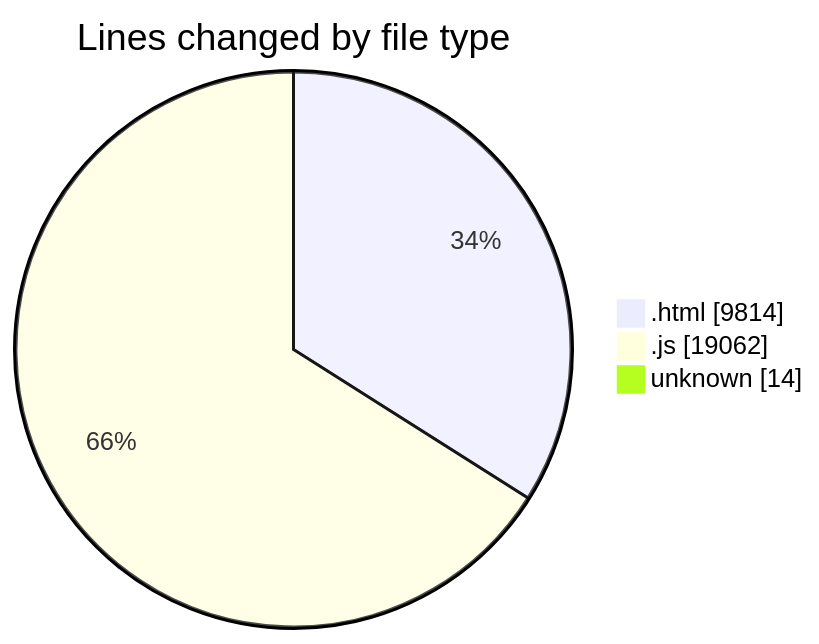
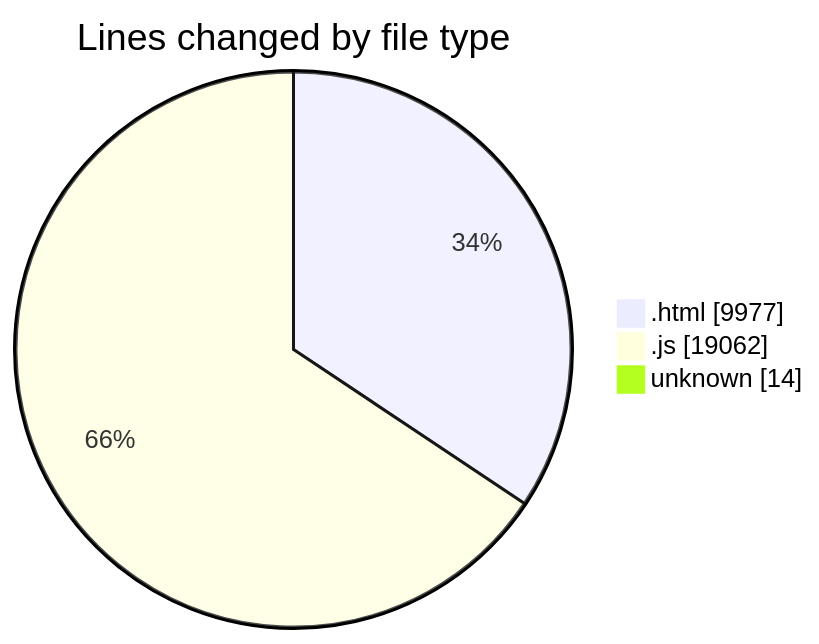
The first of 2 diagrams in 2025-04-24/enre_-_calculadora_de_consumo_v_2022_files/README.md (LanceThiago/code-tracking), drawn with Mermaid before and after one commit. The commit also changed other lines of this file and 1 other file, not shown here.

````diff
--- a/2025-04-24/enre_-_calculadora_de_consumo_v_2022_files/README.md
+++ b/2025-04-24/enre_-_calculadora_de_consumo_v_2022_files/README.md
@@ -24,7 +24,7 @@
 ```mermaid
 pie showData
 title Lines changed by file type
-".html" : 9814
+".html" : 9977
 ".js" : 19062
 "unknown" : 14
 ```
````
